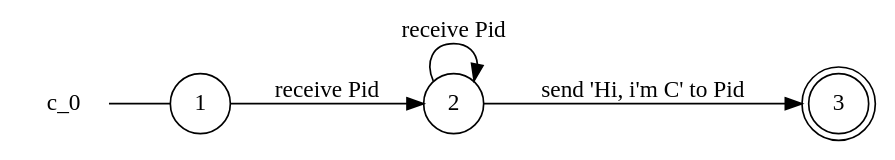
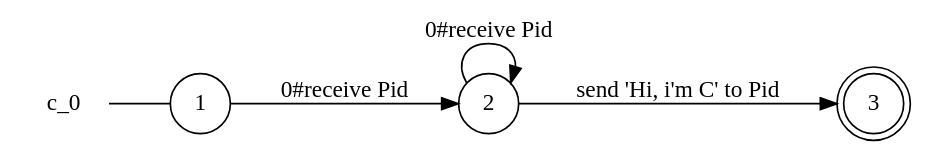
The diagram in examples/if-cases/c_0_local_view.dot (gabrielegenovese/chorer), drawn with Graphviz before and after one commit. The commit also changed 60 other files, not shown here.

```diff
--- a/examples/if-cases/c_0_local_view.dot
+++ b/examples/if-cases/c_0_local_view.dot
@@ -1,12 +1,12 @@
 digraph c_0 {
 	rankdir="LR";
 	n_0 [label="c_0", shape="plaintext"];
 	n_1 [id="1", shape=circle, label="1"];
 	n_0 -> n_1 [arrowhead=none];
 	n_2 [id="2", shape=doublecircle, label="3"];
 	n_3 [id="3", shape=circle, label="2"];
 
-	n_1 -> n_3 [id="[$e|2]", label="receive Pid"];
-	n_3 -> n_3 [id="[$e|1]", label="receive Pid"];
+	n_1 -> n_3 [id="[$e|2]", label="0#receive Pid"];
+	n_3 -> n_3 [id="[$e|1]", label="0#receive Pid"];
 	n_3 -> n_2 [id="[$e|0]", label="send 'Hi, i'm C' to Pid"];
 }
```
